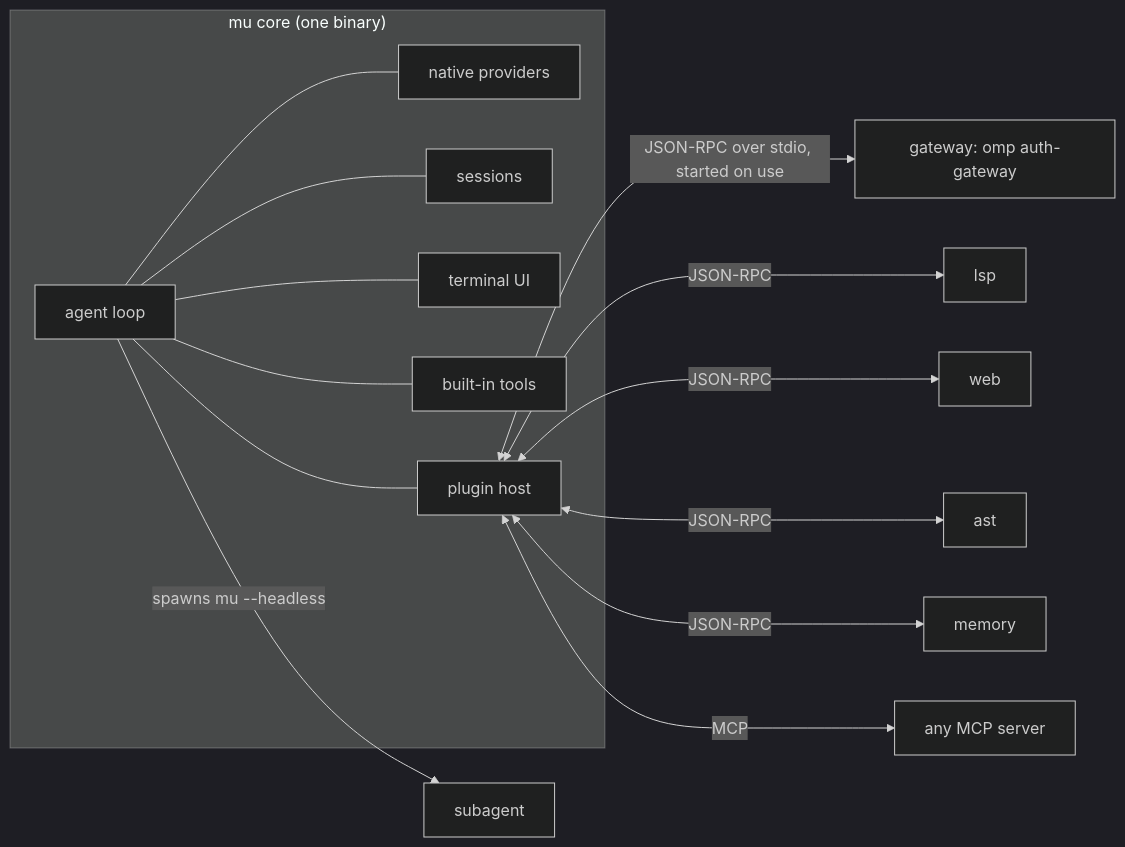
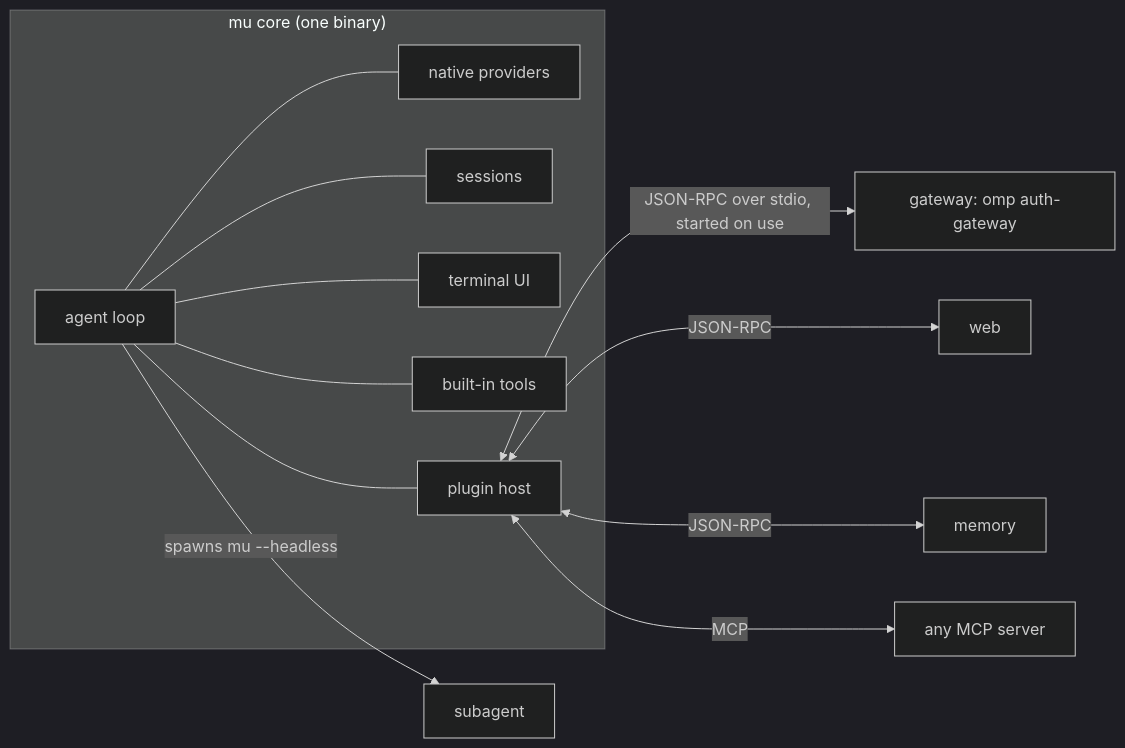
Before and after one commit to jacobhak/mu: the diagram in DESIGN.md, drawn with Mermaid (dark theme). The commit also changed other lines of this file, not shown here.

Commit message:
DESIGN: drop lsp and ast plugins

````diff
--- a/DESIGN.md
+++ b/DESIGN.md
@@ -31,17 +31,15 @@
 ```mermaid
 flowchart LR
   subgraph core["mu core (one binary)"]
     loop[agent loop] --- prov[native providers]
     loop --- sess[sessions]
     loop --- tui[terminal UI]
     loop --- tools[built-in tools]
     loop --- host[plugin host]
   end
   host <-->|JSON-RPC over stdio, started on use| gw[gateway: omp auth-gateway]
-  host <-->|JSON-RPC| lsp[lsp]
   host <-->|JSON-RPC| web[web]
-  host <-->|JSON-RPC| ast[ast]
   host <-->|JSON-RPC| mem[memory]
   host <-->|MCP| mcp[any MCP server]
   loop -->|spawns mu --headless| sub[subagent]
 ```
````
